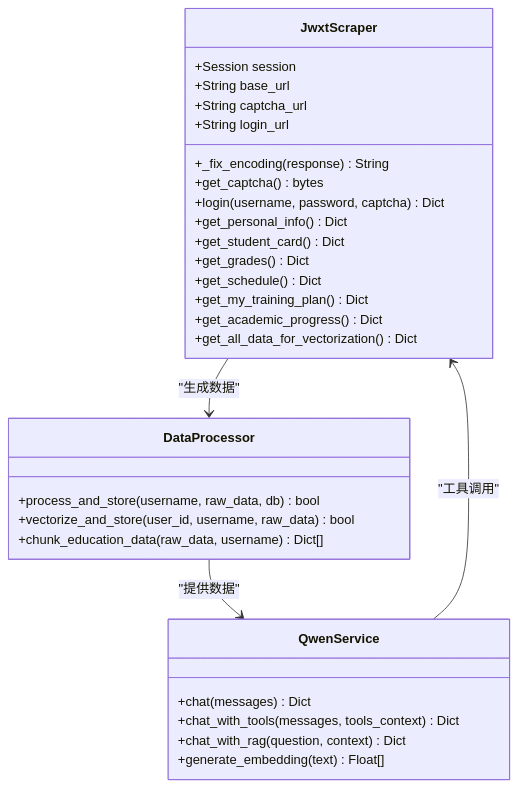
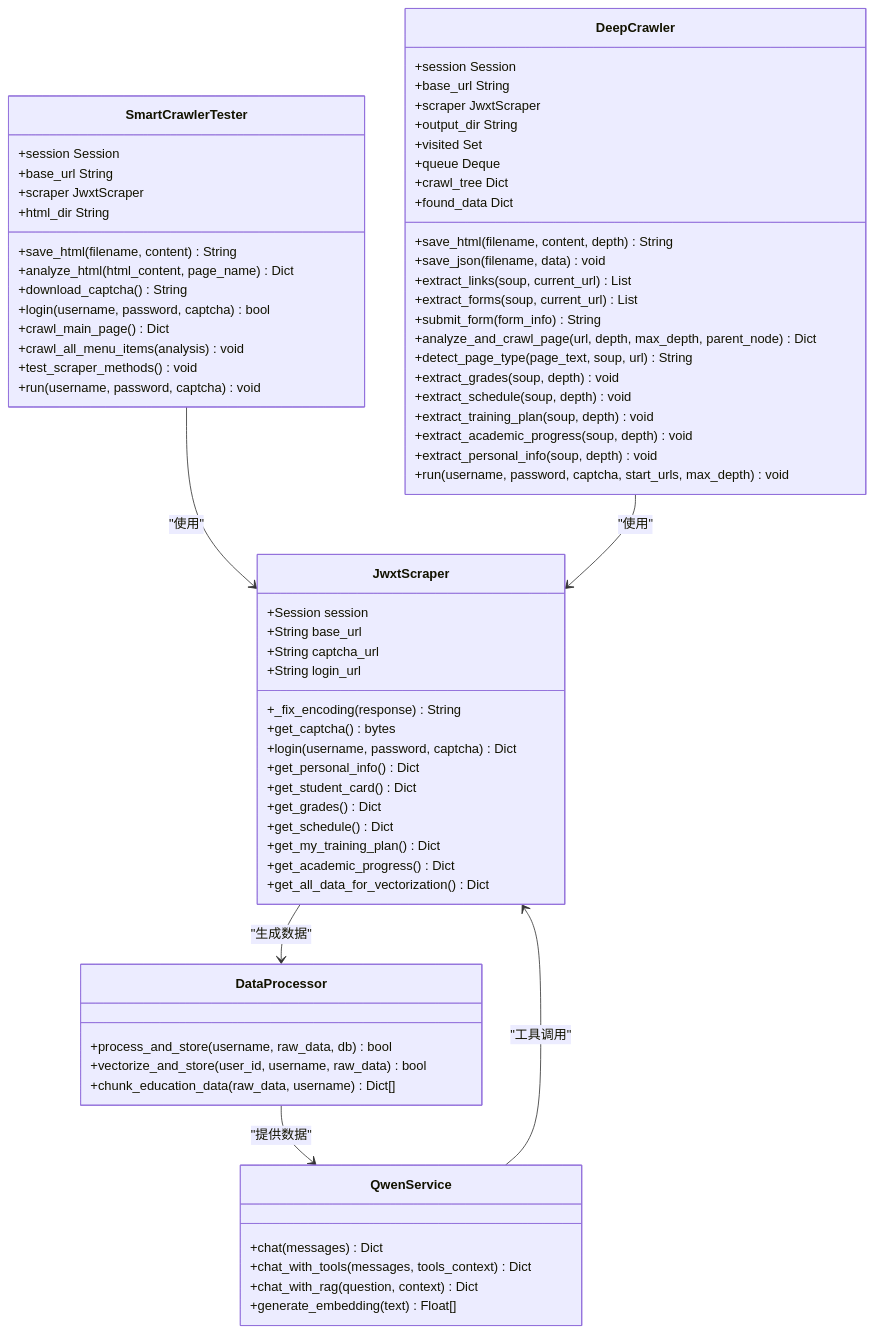
One commit to ghbbn053-ship-itsoulddog/soulddog changed the second of 10 diagrams in .qoder/repowiki/zh/content/开发指南/测试策略/爬虫验证报告.md. Above: the diagram before and after it, drawn with Mermaid. The commit also changed other lines of this file and 47 other files, not shown here.

````diff
--- a/.qoder/repowiki/zh/content/开发指南/测试策略/爬虫验证报告.md
+++ b/.qoder/repowiki/zh/content/开发指南/测试策略/爬虫验证报告.md
@@ -98,33 +111,72 @@
 ```mermaid
 classDiagram
 class JwxtScraper {
 +Session session
 +String base_url
 +String captcha_url
 +String login_url
 +_fix_encoding(response) String
 +get_captcha() bytes
 +login(username, password, captcha) Dict
 +get_personal_info() Dict
 +get_student_card() Dict
 +get_grades() Dict
 +get_schedule() Dict
 +get_my_training_plan() Dict
 +get_academic_progress() Dict
 +get_all_data_for_vectorization() Dict
 }
 class DataProcessor {
 +process_and_store(username, raw_data, db) bool
 +vectorize_and_store(user_id, username, raw_data) bool
 +chunk_education_data(raw_data, username) Dict[]
 }
 class QwenService {
 +chat(messages) Dict
 +chat_with_tools(messages, tools_context) Dict
 +chat_with_rag(question, context) Dict
 +generate_embedding(text) Float[]
 }
+class SmartCrawlerTester {
++session Session
++base_url String
++scraper JwxtScraper
++html_dir String
++save_html(filename, content) String
++analyze_html(html_content, page_name) Dict
++download_captcha() String
++login(username, password, captcha) bool
++crawl_main_page() Dict
++crawl_all_menu_items(analysis) void
++test_scraper_methods() void
++run(username, password, captcha) void
+}
+class DeepCrawler {
++session Session
++base_url String
++scraper JwxtScraper
++output_dir String
++visited Set
++queue Deque
++crawl_tree Dict
++found_data Dict
++save_html(filename, content, depth) String
++save_json(filename, data) void
++extract_links(soup, current_url) List
++extract_forms(soup, current_url) List
++submit_form(form_info) String
++analyze_and_crawl_page(url, depth, max_depth, parent_node) Dict
++detect_page_type(page_text, soup, url) String
++extract_grades(soup, depth) void
++extract_schedule(soup, depth) void
++extract_training_plan(soup, depth) void
++extract_academic_progress(soup, depth) void
++extract_personal_info(soup, depth) void
++run(username, password, captcha, start_urls, max_depth) void
+}
 JwxtScraper --> DataProcessor : "生成数据"
 DataProcessor --> QwenService : "提供数据"
 QwenService --> JwxtScraper : "工具调用"
+SmartCrawlerTester --> JwxtScraper : "使用"
+DeepCrawler --> JwxtScraper : "使用"
 ```
````
